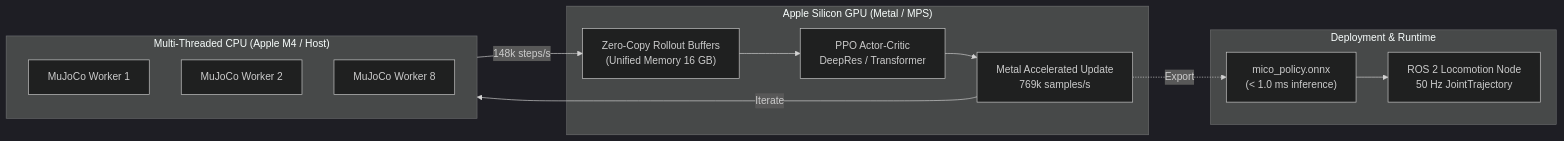
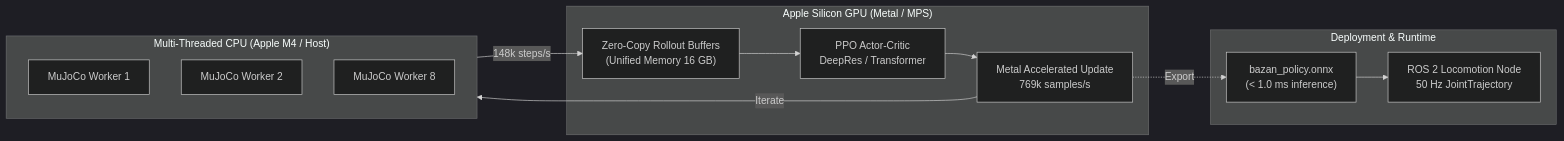
The fifth of 7 diagrams in README.md (nguyenhau442001/Bazan_Humanoid), drawn with Mermaid (dark theme) before and after one commit. The commit also changed other lines of this file and 108 other files, not shown here.

Commit message:
feat(identity): complete end-to-end migration from Mico to Bazan architecture and tooling

````diff
--- a/README.md
+++ b/README.md
@@ -275,26 +275,26 @@
 ```mermaid
 flowchart LR
   subgraph CPU["Multi-Threaded CPU (Apple M4 / Host)"]
     W1["MuJoCo Worker 1"]
     W2["MuJoCo Worker 2"]
     W8["MuJoCo Worker 8"]
   end
 
   subgraph GPU["Apple Silicon GPU (Metal / MPS)"]
     TENSORS["Zero-Copy Rollout Buffers<br/>(Unified Memory 16 GB)"]
     PPO["PPO Actor-Critic<br/>DeepRes / Transformer"]
     OPT["Metal Accelerated Update<br/>769k samples/s"]
   end
 
   subgraph DEPLOY["Deployment & Runtime"]
-    ONNX_MODEL["mico_policy.onnx<br/>(< 1.0 ms inference)"]
+    ONNX_MODEL["bazan_policy.onnx<br/>(< 1.0 ms inference)"]
     ROS_CTRL["ROS 2 Locomotion Node<br/>50 Hz JointTrajectory"]
   end
 
   CPU -->|148k steps/s| TENSORS
   TENSORS --> PPO
   PPO --> OPT
   OPT -->|Iterate| CPU
   OPT -.->|Export| ONNX_MODEL
   ONNX_MODEL --> ROS_CTRL
 ```
````
